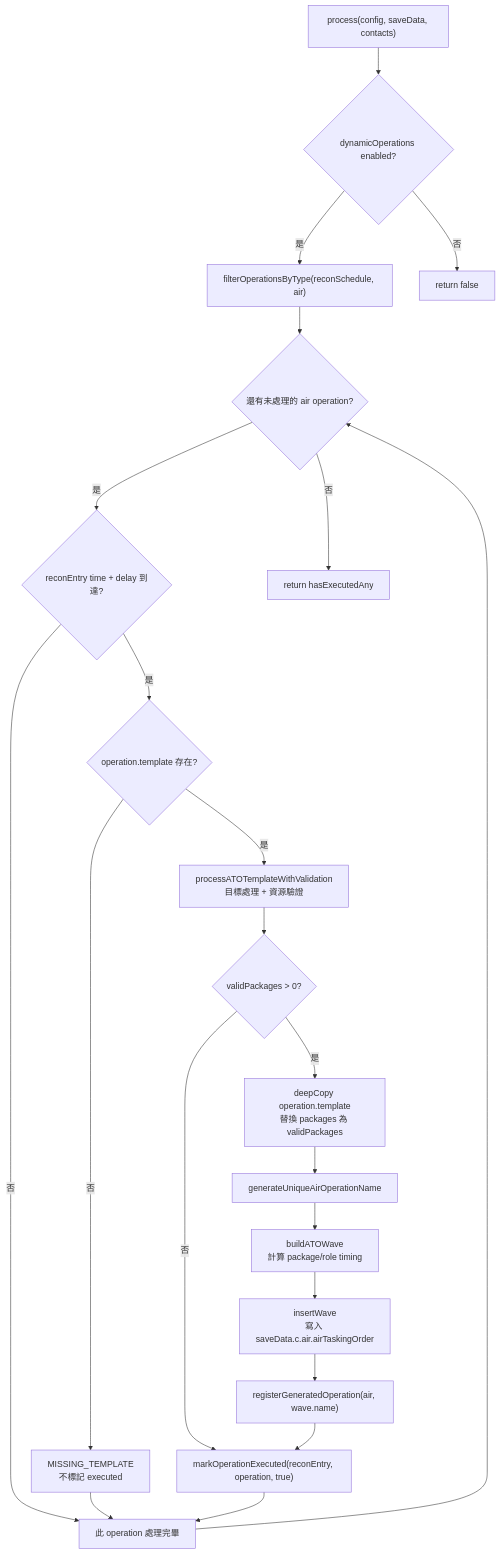
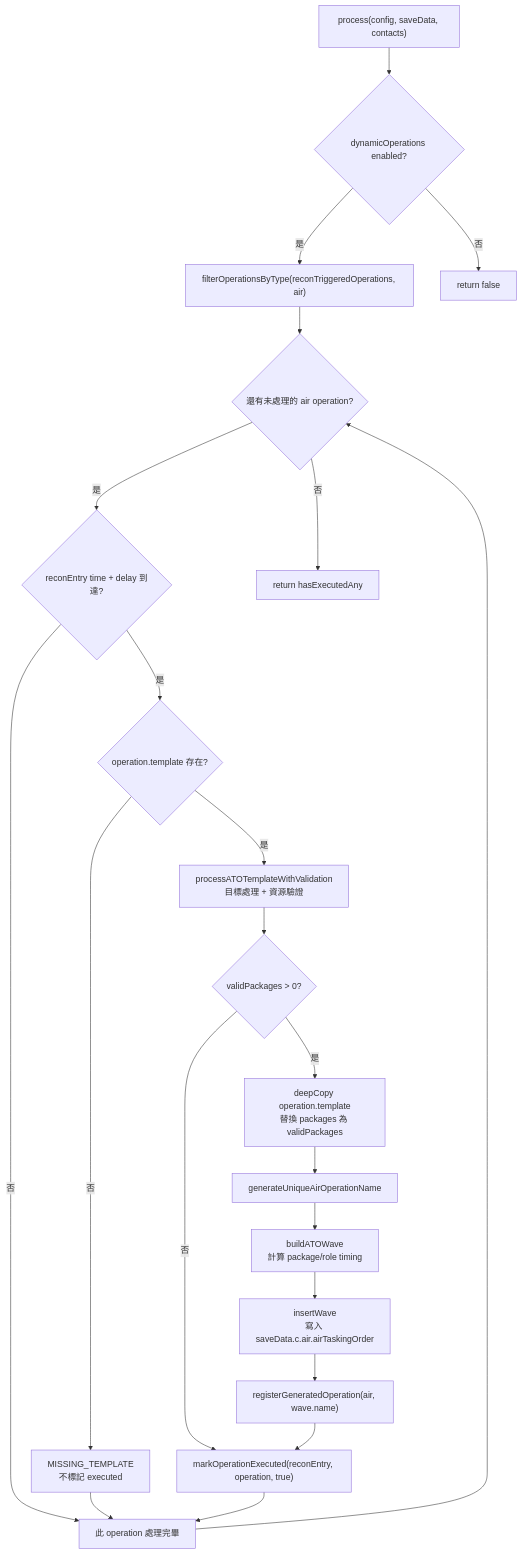
Before and after one commit to pullupjumper/formosa-in-flames: the diagram in docs/strikePlanner/dynamicATOInsertion.md, drawn with Mermaid. The commit also changed other lines of this file and 16 other files, not shown here.

Commit message:
refactor(strikePlanner): rename recon schedule to recon-triggered operations

````diff
--- a/docs/strikePlanner/dynamicATOInsertion.md
+++ b/docs/strikePlanner/dynamicATOInsertion.md
@@ -23,35 +23,35 @@
 ```mermaid
 flowchart TD
     ENTRY["process(config, saveData, contacts)"]
     ENABLED{"dynamicOperations enabled?"}
-    FILTER["filterOperationsByType(reconSchedule, air)"]
+    FILTER["filterOperationsByType(reconTriggeredOperations, air)"]
     LOOP{"還有未處理的 air operation?"}
     TRIGGER{"reconEntry time + delay 到達?"}
     TEMPLATE{"operation.template 存在?"}
     VALIDATE["processATOTemplateWithValidation<br>目標處理 + 資源驗證"]
     HAS_PACKAGE{"validPackages > 0?"}
     COPY["deepCopy operation.template<br>替換 packages 為 validPackages"]
     NAME["generateUniqueAirOperationName"]
     BUILD["buildATOWave<br>計算 package/role timing"]
     INSERT["insertWave<br>寫入 saveData.c.air.airTaskingOrder"]
     REGISTER["registerGeneratedOperation(air, wave.name)"]
     MARK["markOperationExecuted(reconEntry, operation, true)"]
     LOG_ERROR["MISSING_TEMPLATE<br>不標記 executed"]
     NEXT["此 operation 處理完畢"]
     END_FALSE["return false"]
     END_RESULT["return hasExecutedAny"]
 
     ENTRY --> ENABLED
     ENABLED -->|否| END_FALSE
     ENABLED -->|是| FILTER --> LOOP
     LOOP -->|否| END_RESULT
     LOOP -->|是| TRIGGER
     TRIGGER -->|否| NEXT
     TRIGGER -->|是| TEMPLATE
     TEMPLATE -->|否| LOG_ERROR --> NEXT
     TEMPLATE -->|是| VALIDATE --> HAS_PACKAGE
     HAS_PACKAGE -->|否| MARK
     HAS_PACKAGE -->|是| COPY --> NAME --> BUILD --> INSERT --> REGISTER --> MARK
     MARK --> NEXT
     NEXT --> LOOP
 ```
````
